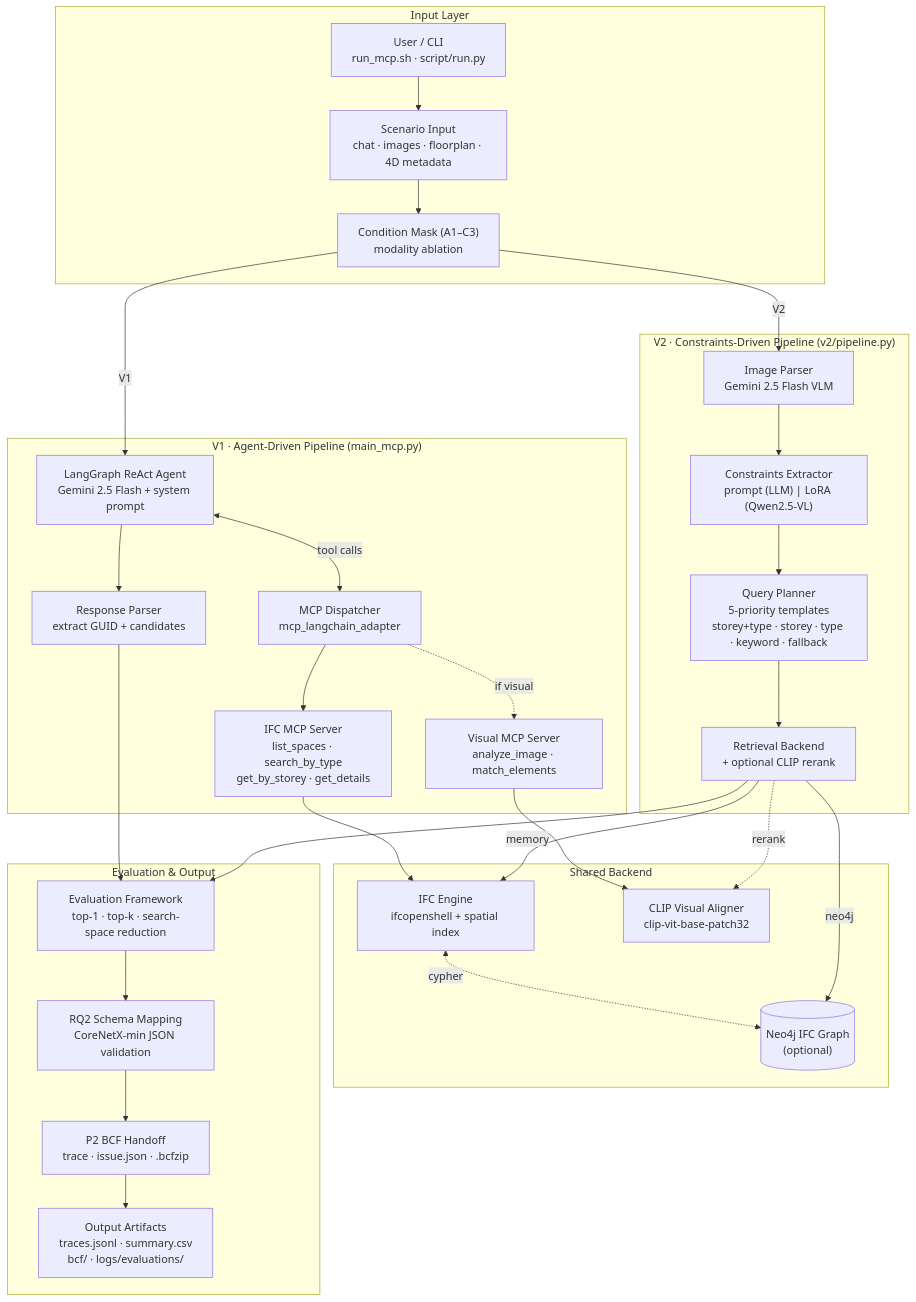
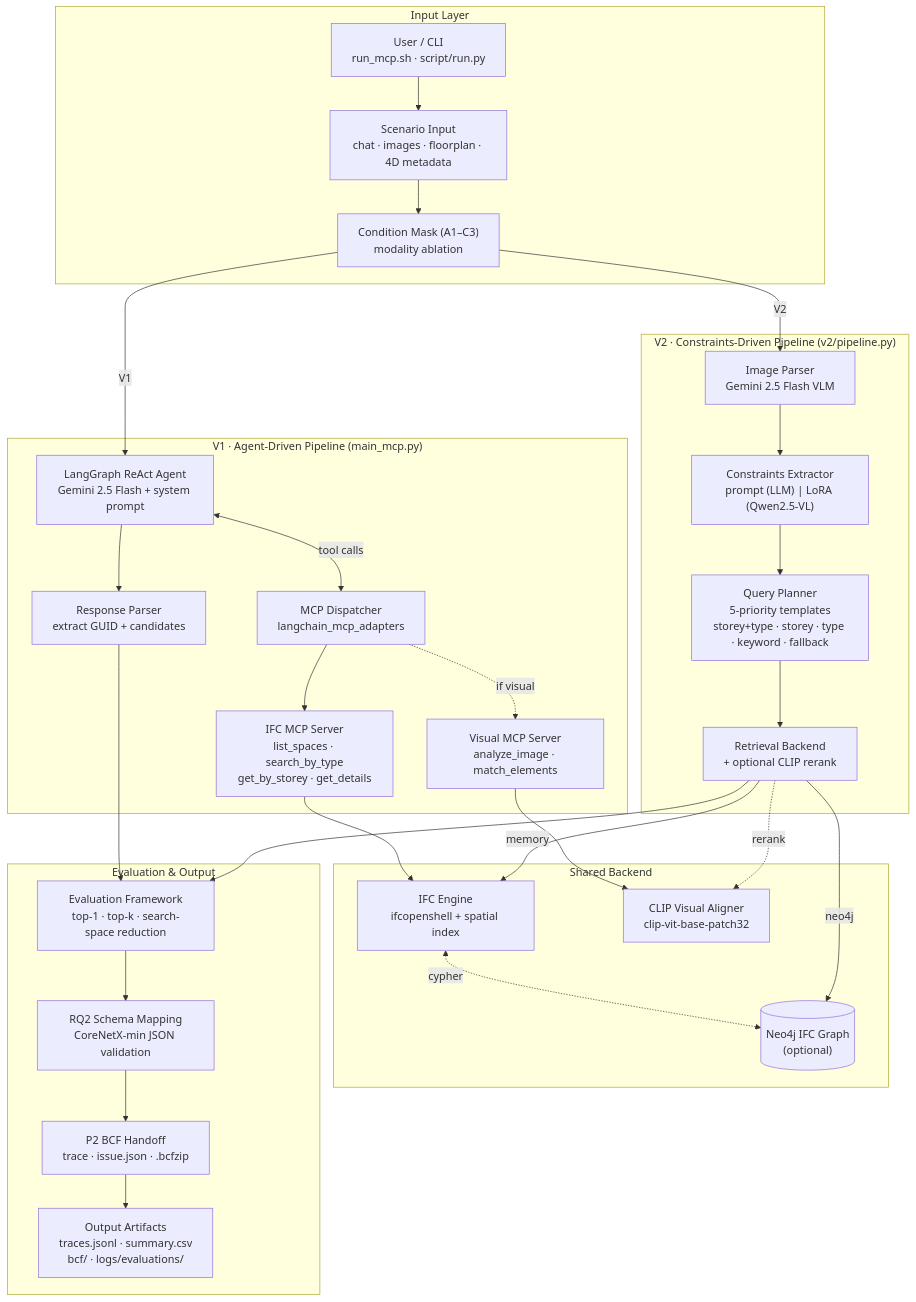
Before and after one commit to hyChia88/mscd_demo: the diagram in flowchart.mermaid, drawn with Mermaid. The commit also changed 8 other files, not shown here.

```diff
--- a/flowchart.mermaid
+++ b/flowchart.mermaid
@@ -1,61 +1,61 @@
 flowchart TB
     %% ── Input Layer ──────────────────────────────────
     subgraph INPUT ["Input Layer"]
         U["User / CLI<br>run_mcp.sh · script/run.py"]
         SC["Scenario Input<br>chat · images · floorplan · 4D metadata"]
         CM["Condition Mask (A1–C3)<br>modality ablation"]
         U --> SC --> CM
     end
 
     %% ── V1: Agent-Driven Pipeline ────────────────────
     subgraph V1 ["V1 · Agent-Driven Pipeline (main_mcp.py)"]
         AG["LangGraph ReAct Agent<br>Gemini 2.5 Flash + system prompt"]
-        MCP["MCP Dispatcher<br>mcp_langchain_adapter"]
+        MCP["MCP Dispatcher<br>langchain_mcp_adapters"]
         IFC_T["IFC MCP Server<br>list_spaces · search_by_type<br>get_by_storey · get_details"]
         VIS_T["Visual MCP Server<br>analyze_image · match_elements"]
         RP["Response Parser<br>extract GUID + candidates"]
         AG <-->|"tool calls"| MCP
         MCP --> IFC_T
         MCP -.->|"if visual"| VIS_T
         AG --> RP
     end
 
     %% ── V2: Constraints-Driven Pipeline ──────────────
     subgraph V2 ["V2 · Constraints-Driven Pipeline (v2/pipeline.py)"]
         IP["Image Parser<br>Gemini 2.5 Flash VLM"]
         CE["Constraints Extractor<br>prompt (LLM) | LoRA (Qwen2.5-VL)"]
         QP["Query Planner<br>5-priority templates<br>storey+type · storey · type · keyword · fallback"]
         RB["Retrieval Backend<br>+ optional CLIP rerank"]
         IP --> CE --> QP --> RB
     end
 
     %% ── Shared Backend ───────────────────────────────
     subgraph BACK ["Shared Backend"]
         ENG["IFC Engine<br>ifcopenshell + spatial index"]
         NEO[("Neo4j IFC Graph<br>(optional)")]
         CLIP["CLIP Visual Aligner<br>clip-vit-base-patch32"]
         ENG <-.->|"cypher"| NEO
     end
 
     %% ── Evaluation & Output ──────────────────────────
     subgraph DOWN ["Evaluation & Output"]
         EVAL["Evaluation Framework<br>top-1 · top-k · search-space reduction"]
         RQ2["RQ2 Schema Mapping<br>CoreNetX-min JSON validation"]
         BCF["P2 BCF Handoff<br>trace · issue.json · .bcfzip"]
         OUT["Output Artifacts<br>traces.jsonl · summary.csv<br>bcf/ · logs/evaluations/"]
         EVAL --> RQ2 --> BCF --> OUT
     end
 
     %% ── Cross-subgraph edges ─────────────────────────
     CM -->|"V1"| AG
     CM -->|"V2"| IP
 
     IFC_T --> ENG
     VIS_T --> CLIP
 
     RB -->|"memory"| ENG
     RB -->|"neo4j"| NEO
     RB -.->|"rerank"| CLIP
 
     RP --> EVAL
     RB --> EVAL
```
